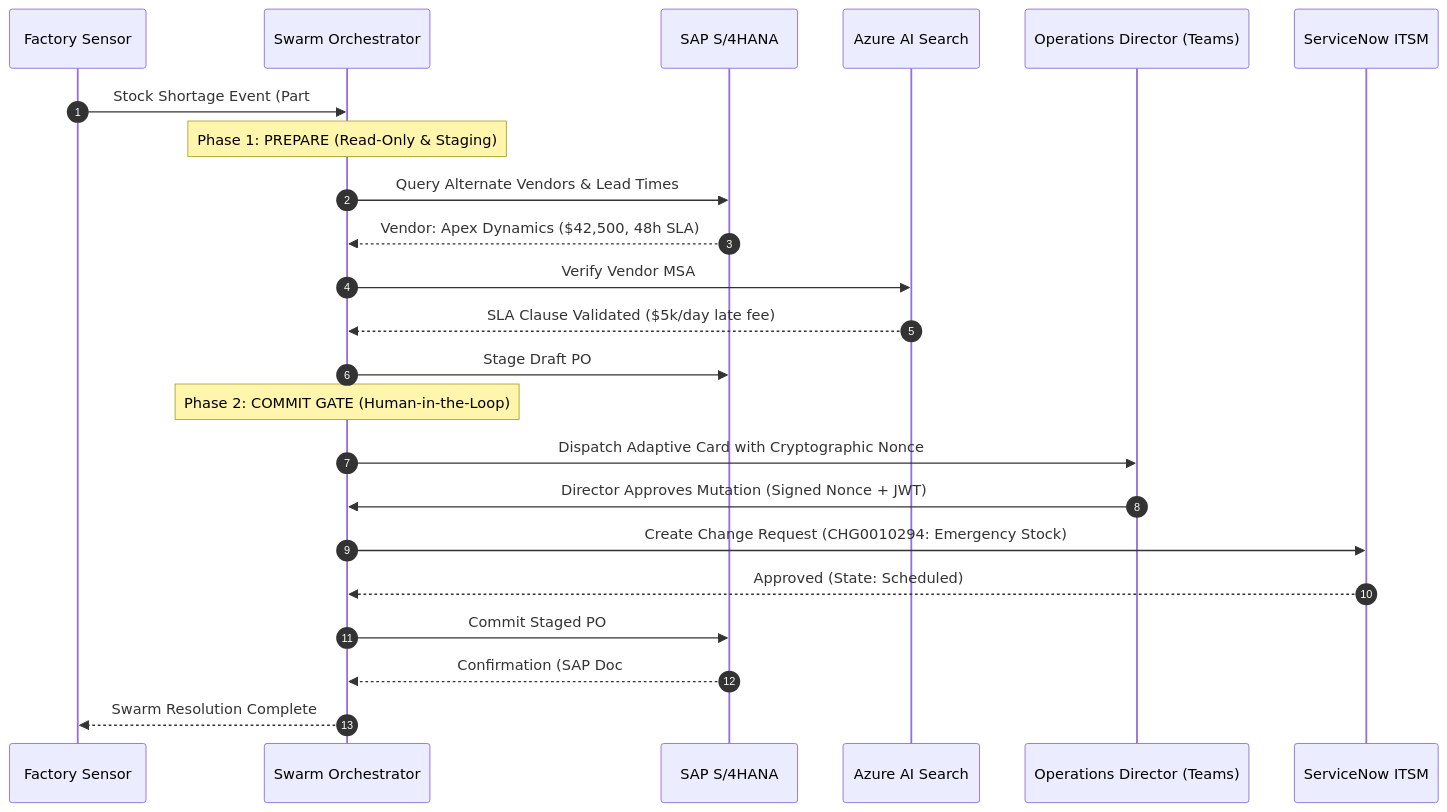
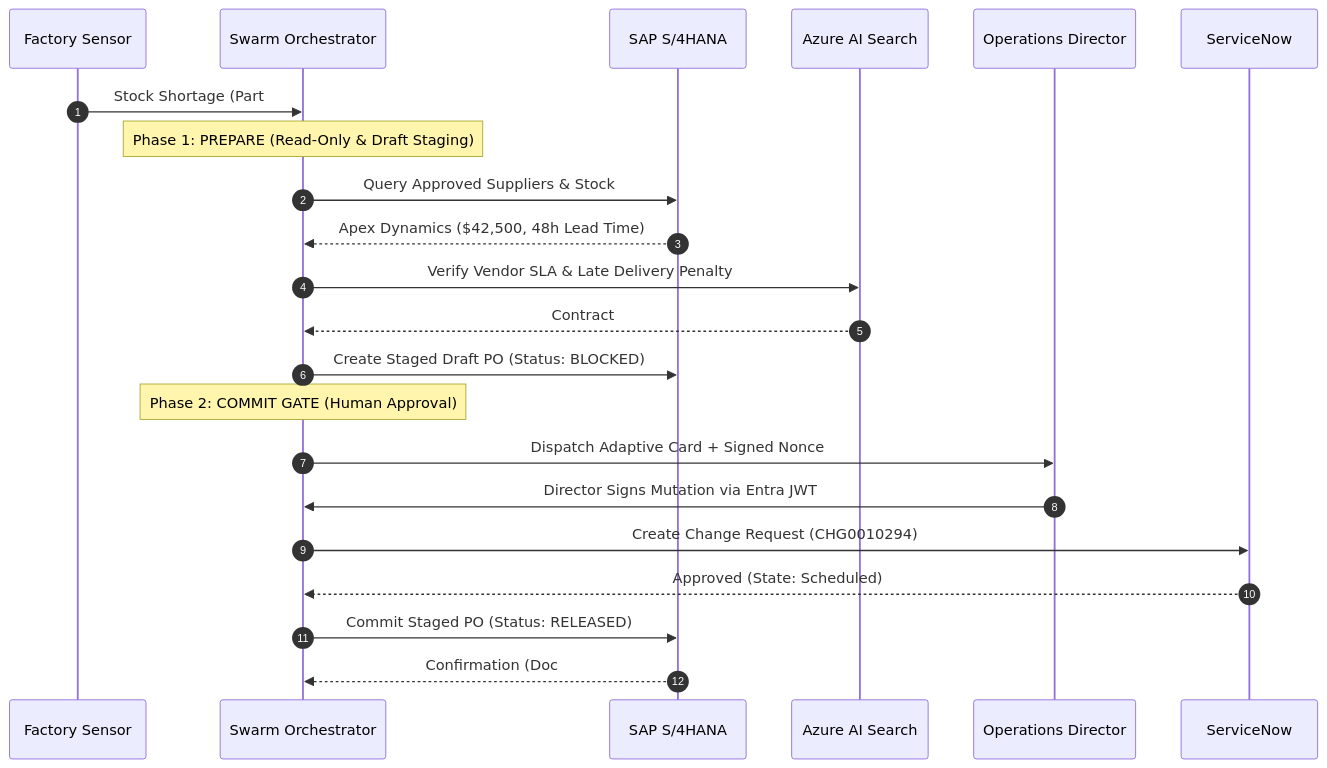
The second of 2 diagrams in src/content/blog/architecting-autonomous-erp-swarm-azure-ai-foundry.mdx (nithin42/nithin-blog), drawn with Mermaid before and after one commit. The commit also changed other lines of this file, not shown here.

Commit message:
docs(blog): refine autonomous ERP swarm article to strict practitioner tone

````diff
--- a/src/content/blog/architecting-autonomous-erp-swarm-azure-ai-foundry.mdx
+++ b/src/content/blog/architecting-autonomous-erp-swarm-azure-ai-foundry.mdx
@@ -80,27 +63,26 @@
 ```mermaid
 sequenceDiagram
     autonumber
     participant Sensor as Factory Sensor
     participant Orch as Swarm Orchestrator
     participant SAP as SAP S/4HANA
     participant Search as Azure AI Search
-    participant Teams as Operations Director (Teams)
-    participant SNOW as ServiceNow ITSM
+    participant Teams as Operations Director
+    participant SNOW as ServiceNow
 
-    Sensor->>Orch: Stock Shortage Event (Part #GX-402: 0 Units)
-    Note over Orch: Phase 1: PREPARE (Read-Only & Staging)
-    Orch->>SAP: Query Alternate Vendors & Lead Times
-    SAP-->>Orch: Vendor: Apex Dynamics ($42,500, 48h SLA)
-    Orch->>Search: Verify Vendor MSA #8821 Penalty Clause
-    Search-->>Orch: SLA Clause Validated ($5k/day late fee)
-    Orch->>SAP: Stage Draft PO #PO-90422 (Status: PREPARED)
+    Sensor->>Orch: Stock Shortage (Part #GX-402: 0 Units)
+    Note over Orch: Phase 1: PREPARE (Read-Only & Draft Staging)
+    Orch->>SAP: Query Approved Suppliers & Stock
+    SAP-->>Orch: Apex Dynamics ($42,500, 48h Lead Time)
+    Orch->>Search: Verify Vendor SLA & Late Delivery Penalty
+    Search-->>Orch: Contract #8821 Validated ($5,000/day penalty)
+    Orch->>SAP: Create Staged Draft PO (Status: BLOCKED)
     
-    Note over Orch: Phase 2: COMMIT GATE (Human-in-the-Loop)
-    Orch->>Teams: Dispatch Adaptive Card with Cryptographic Nonce
-    Teams->>Orch: Director Approves Mutation (Signed Nonce + JWT)
-    Orch->>SNOW: Create Change Request (CHG0010294: Emergency Stock)
+    Note over Orch: Phase 2: COMMIT GATE (Human Approval)
+    Orch->>Teams: Dispatch Adaptive Card + Signed Nonce
+    Teams->>Orch: Director Signs Mutation via Entra JWT
+    Orch->>SNOW: Create Change Request (CHG0010294)
     SNOW-->>Orch: Approved (State: Scheduled)
-    Orch->>SAP: Commit Staged PO #PO-90422 (Status: RELEASED)
-    SAP-->>Orch: Confirmation (SAP Doc #1009841)
-    Orch-->>Sensor: Swarm Resolution Complete
+    Orch->>SAP: Commit Staged PO (Status: RELEASED)
+    SAP-->>Orch: Confirmation (Doc #1009841)
 ```
````
